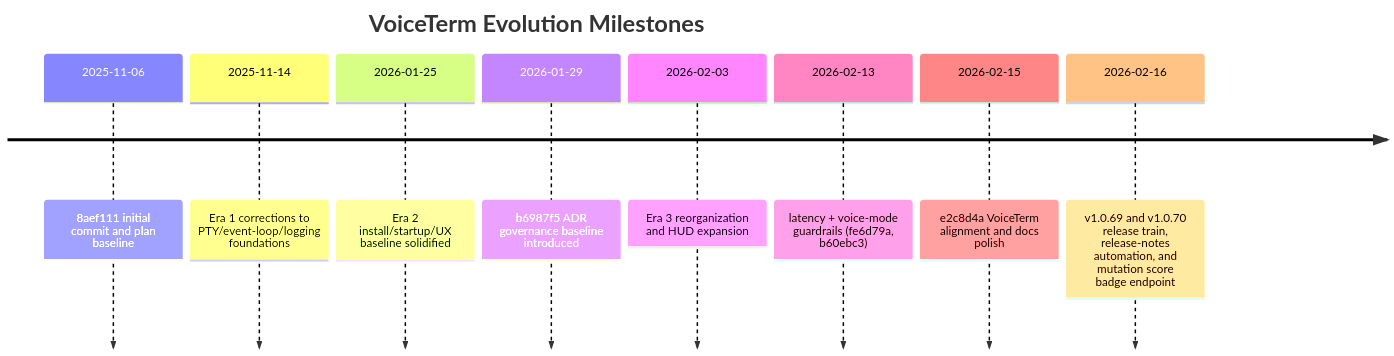
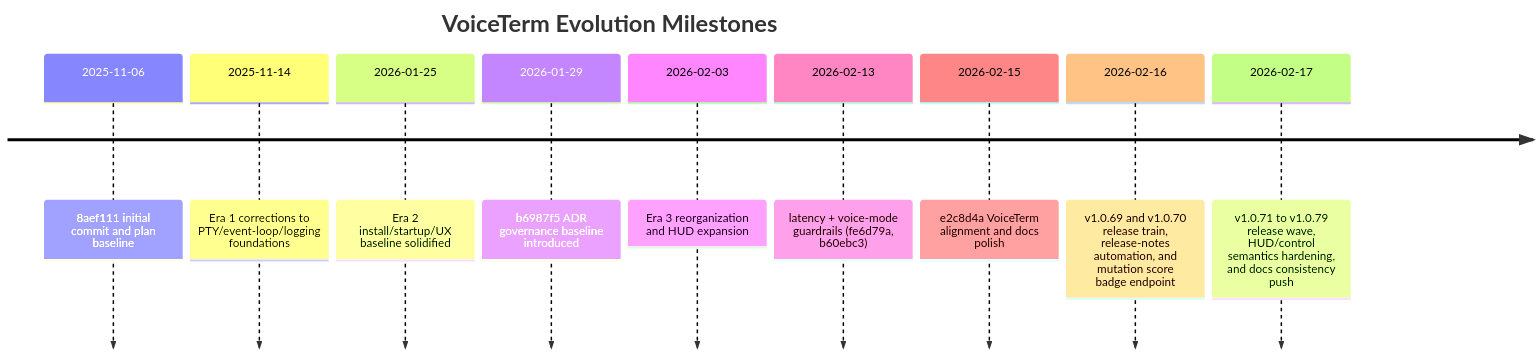
The third of 5 diagrams in dev/history/ENGINEERING_EVOLUTION.md (jguida941/voiceterm), drawn with Mermaid before and after one commit. The commit also changed other lines of this file and 82 other files, not shown here.

````diff
--- a/dev/history/ENGINEERING_EVOLUTION.md
+++ b/dev/history/ENGINEERING_EVOLUTION.md
@@ -225,12 +226,13 @@
 ```mermaid
 timeline
   title VoiceTerm Evolution Milestones
   2025-11-06 : 8aef111 initial commit and plan baseline
   2025-11-14 : Era 1 corrections to PTY/event-loop/logging foundations
   2026-01-25 : Era 2 install/startup/UX baseline solidified
   2026-01-29 : b6987f5 ADR governance baseline introduced
   2026-02-03 : Era 3 reorganization and HUD expansion
   2026-02-13 : latency + voice-mode guardrails (fe6d79a, b60ebc3)
   2026-02-15 : e2c8d4a VoiceTerm alignment and docs polish
   2026-02-16 : v1.0.69 and v1.0.70 release train, release-notes automation, and mutation score badge endpoint
+  2026-02-17 : v1.0.71 to v1.0.79 release wave, HUD/control semantics hardening, and docs consistency push
 ```
````
